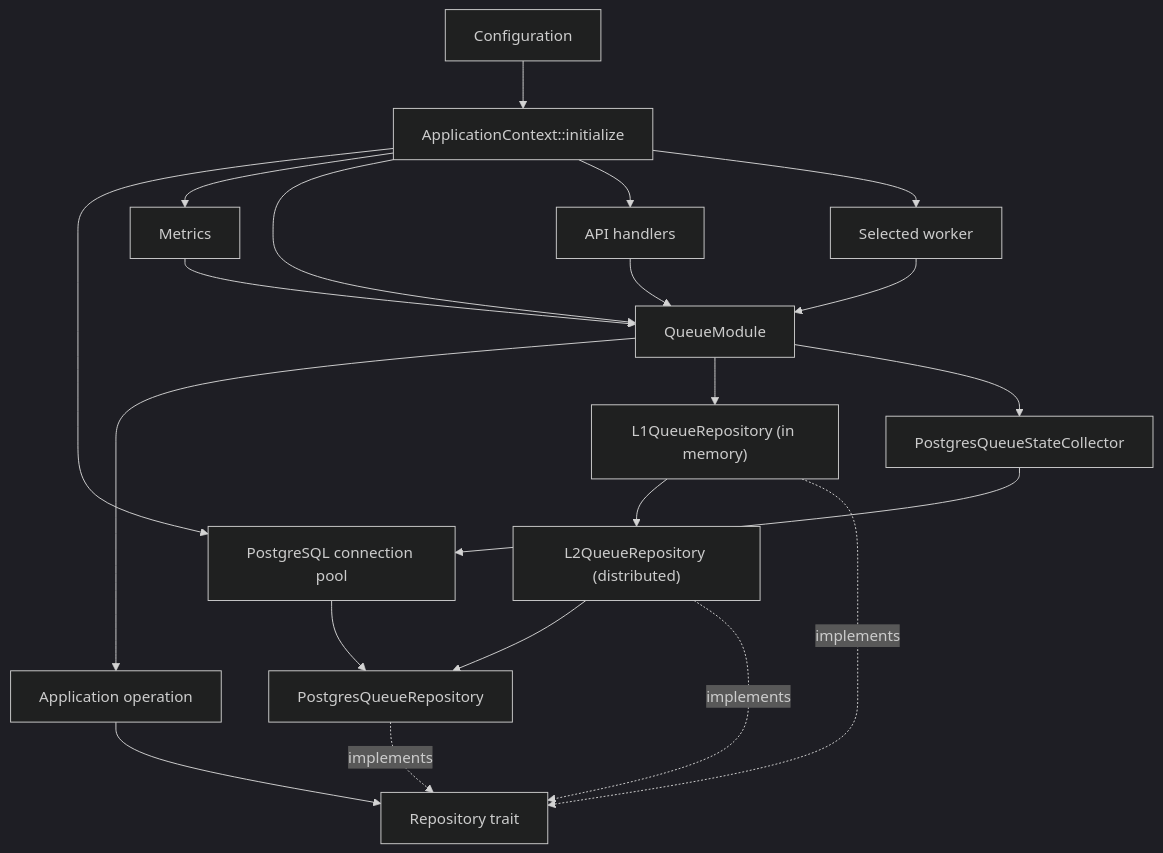
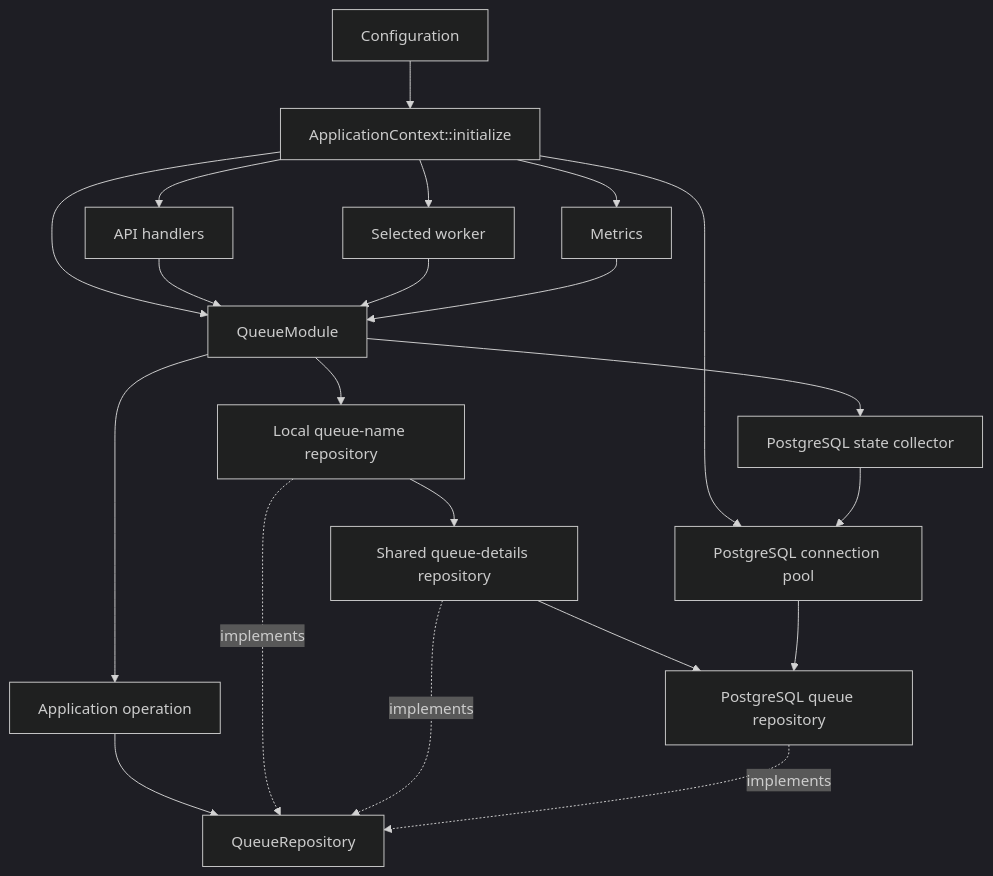
One commit to karanbalani/retsu changed the diagram in docs/codebase-guide.md. Above: the diagram before and after it, drawn with Mermaid (dark theme). The commit also changed other lines of this file and 7 other files, not shown here.

Commit message:
docs: align guides with current architecture

````diff
--- a/docs/codebase-guide.md
+++ b/docs/codebase-guide.md
@@ -36,23 +33,23 @@
 ```mermaid
 flowchart TD
     Config["Configuration"] --> Context["ApplicationContext::initialize"]
     Context --> Pool["PostgreSQL connection pool"]
     Context --> Metrics["Metrics"]
     Context --> Queue["QueueModule"]
     Context --> API["API handlers"]
     Context --> Worker["Selected worker"]
     API --> Queue
     Worker --> Queue
     Queue --> Operation["Application operation"]
-    Pool --> Postgres["PostgresQueueRepository"]
+    Queue --> L1["Local queue-name repository"]
+    L1 --> L2["Shared queue-details repository"]
+    L2 --> Postgres["PostgreSQL queue repository"]
+    Pool --> Postgres
     Metrics --> Queue
-    Queue --> L1["L1QueueRepository (in memory)"]
-    L1 --> L2["L2QueueRepository (distributed)"]
-    L2 --> Postgres
-    Queue --> StateCollector["PostgresQueueStateCollector"]
+    Queue --> StateCollector["PostgreSQL state collector"]
     StateCollector --> Pool
-    Operation --> Contract["Repository trait"]
+    Operation --> Contract["QueueRepository"]
     L1 -. "implements" .-> Contract
     L2 -. "implements" .-> Contract
     Postgres -. "implements" .-> Contract
 ```
````
